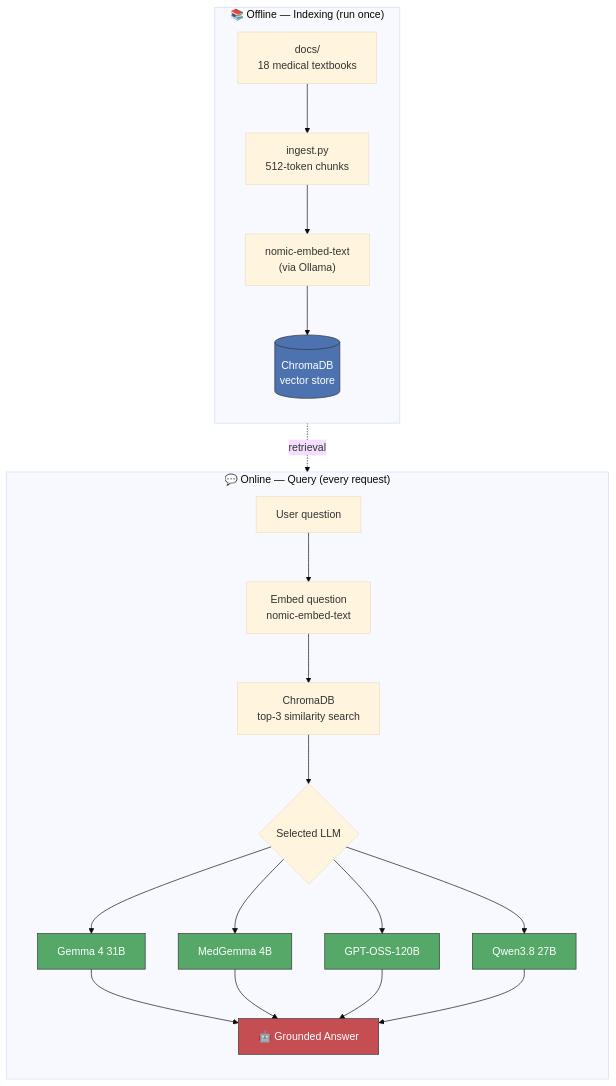
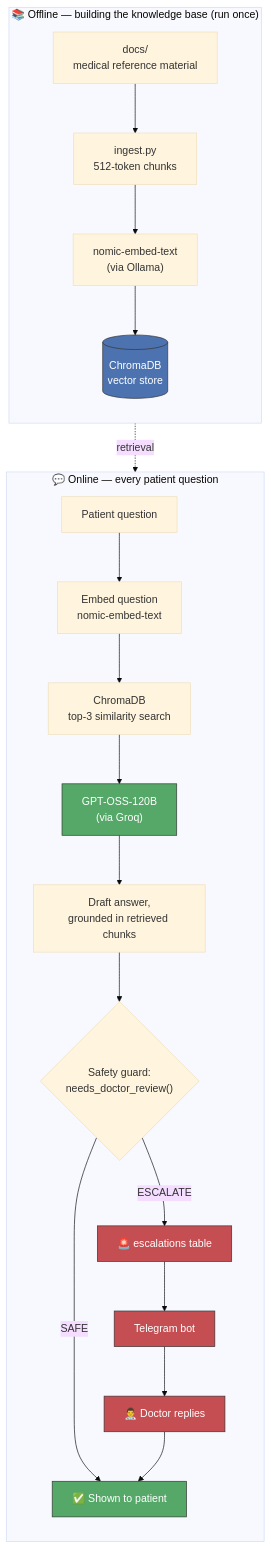
One commit to Farshad-Farahtaj/CARA-Complexity-Aware-memory-grounded-Agentic-RAG changed the diagram in README.md. Above: the diagram before and after it, drawn with Mermaid (base theme). The commit also changed other lines of this file and 42 other files, not shown here.

````diff
--- a/README.md
+++ b/README.md
@@ -20,30 +109,32 @@
 ```mermaid
 flowchart TB
-    subgraph Offline["📚 Offline — Indexing (run once)"]
+    subgraph Offline["📚 Offline — building the knowledge base (run once)"]
         direction TB
-        A["docs/<br/>18 medical textbooks"] --> B["ingest.py<br/>512-token chunks"]
+        A["docs/<br/>medical reference material"] --> B["ingest.py<br/>512-token chunks"]
         B --> C["nomic-embed-text<br/>(via Ollama)"]
         C --> D[("ChromaDB<br/>vector store")]
     end
 
-    subgraph Online["💬 Online — Query (every request)"]
+    subgraph Online["💬 Online — every patient question"]
         direction TB
-        E["User question"] --> F["Embed question<br/>nomic-embed-text"]
+        E["Patient question"] --> F["Embed question<br/>nomic-embed-text"]
         F --> G["ChromaDB<br/>top-3 similarity search"]
-        G --> H{"Selected LLM"}
-        H --> I["Gemma 4 31B"]
-        H --> J["MedGemma 4B"]
-        H --> K["GPT-OSS-120B"]
-        H --> L["Qwen3.8 27B"]
-        I & J & K & L --> M["🤖 Grounded Answer"]
+        G --> H["GPT-OSS-120B<br/>(via Groq)"]
+        H --> I["Draft answer,<br/>grounded in retrieved chunks"]
+        I --> J{"Safety guard:<br/>needs_doctor_review()"}
+        J -->|SAFE| K["✅ Shown to patient"]
+        J -->|ESCALATE| L["🚨 escalations table"]
+        L --> M["Telegram bot"]
+        M --> N["👨‍⚕️ Doctor replies"]
+        N --> K
     end
 
     D -.retrieval.-> G
 
     classDef store fill:#4C72B0,color:#fff,stroke:#333;
     classDef llm fill:#55A868,color:#fff,stroke:#333;
-    classDef answer fill:#C44E52,color:#fff,stroke:#333;
+    classDef escalate fill:#C44E52,color:#fff,stroke:#333;
     class D store;
-    class I,J,K,L llm;
-    class M answer;
+    class H,K llm;
+    class L,M,N escalate;
 ```
````
